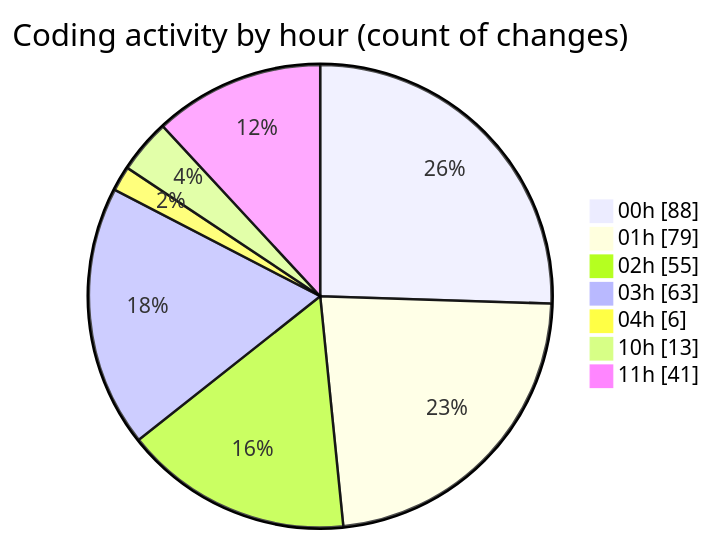
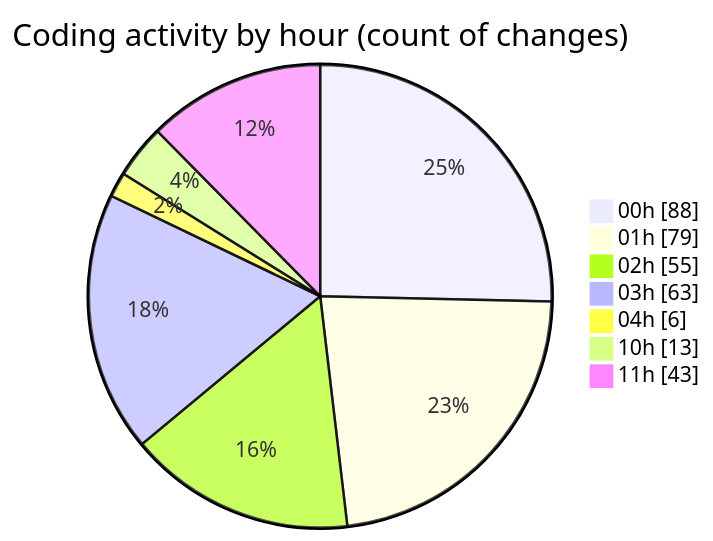
Before and after one commit to lephambinh05/code-tracking: the second of 2 diagrams in 2025-08-16/rentotp/README.md, drawn with Mermaid. The commit also changed other lines of this file and 1 other file, not shown here.

````diff
--- a/2025-08-16/rentotp/README.md
+++ b/2025-08-16/rentotp/README.md
@@ -78,11 +79,11 @@
 ```mermaid
 pie showData
 title Coding activity by hour (count of changes)
 "00h" : 88
 "01h" : 79
 "02h" : 55
 "03h" : 63
 "04h" : 6
 "10h" : 13
-"11h" : 41
+"11h" : 43
 ```
````
